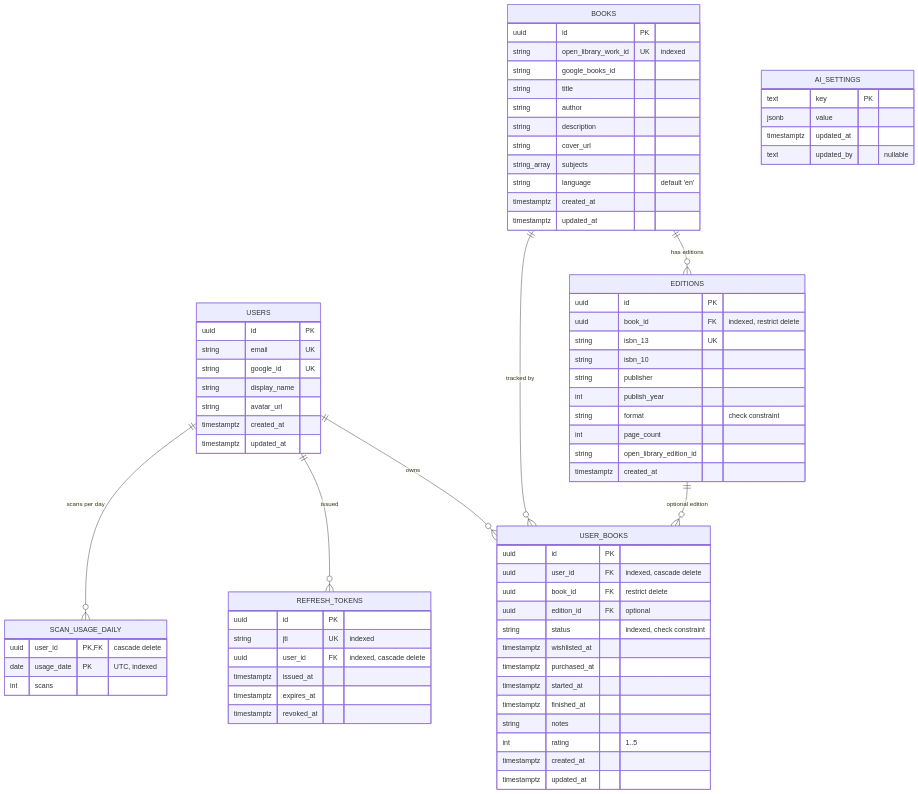
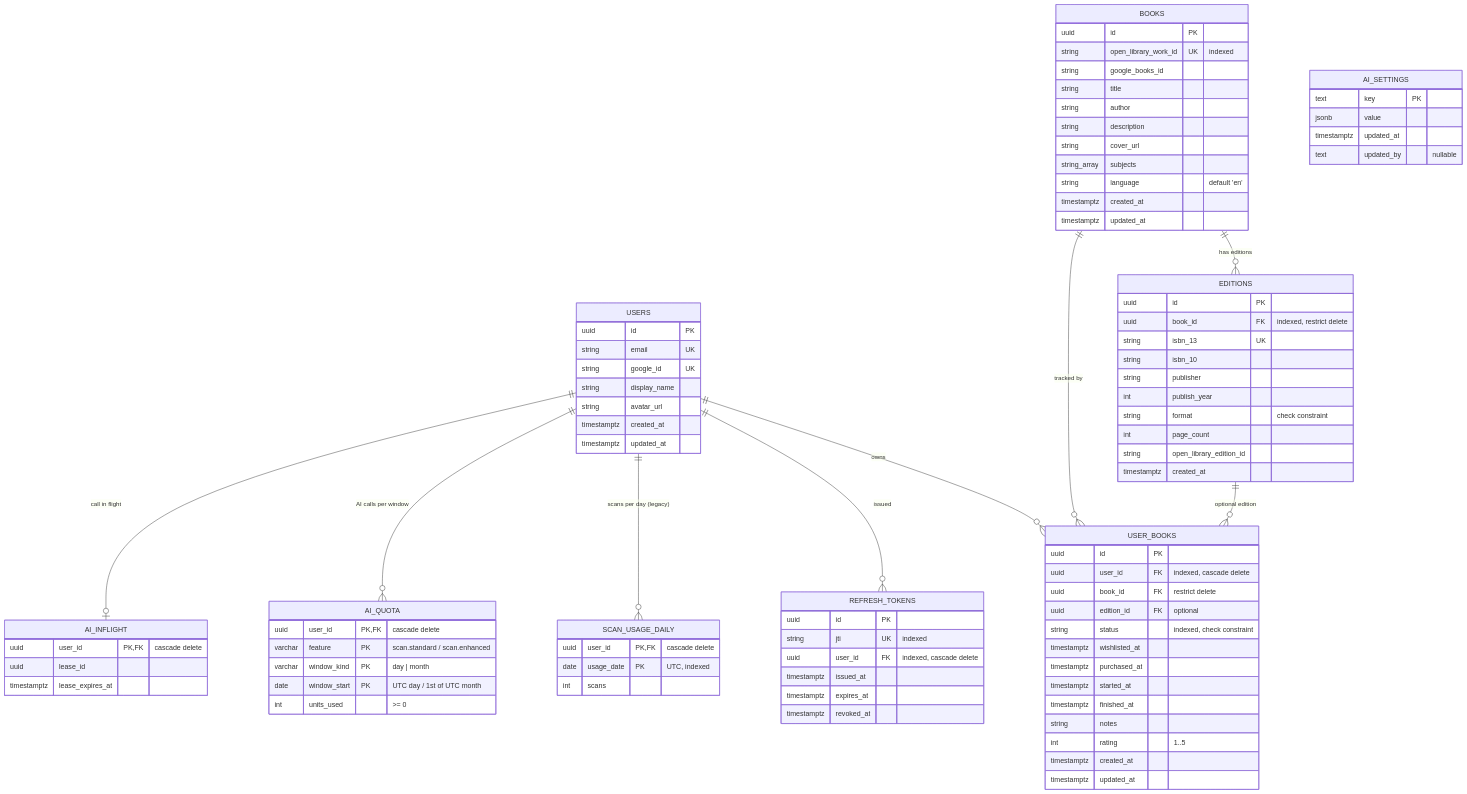
One commit to wcmchenry3-stack/BookshelfAI changed the diagram in docs/data-model.md. Above: the diagram before and after it, drawn with Mermaid. The commit also changed other lines of this file and 31 other files, not shown here.

```diff
--- a/docs/data-model.md
+++ b/docs/data-model.md
@@ -8,7 +8,9 @@
 erDiagram
   USERS ||--o{ USER_BOOKS : owns
   USERS ||--o{ REFRESH_TOKENS : issued
-  USERS ||--o{ SCAN_USAGE_DAILY : "scans per day"
+  USERS ||--o{ SCAN_USAGE_DAILY : "scans per day (legacy)"
+  USERS ||--o{ AI_QUOTA : "AI calls per window"
+  USERS ||--o| AI_INFLIGHT : "call in flight"
   BOOKS ||--o{ EDITIONS : "has editions"
   BOOKS ||--o{ USER_BOOKS : "tracked by"
   EDITIONS ||--o{ USER_BOOKS : "optional edition"
@@ -75,6 +77,18 @@
     date usage_date PK "UTC, indexed"
     int scans
   }
+  AI_QUOTA {
+    uuid user_id PK,FK "cascade delete"
+    varchar feature PK "scan.standard / scan.enhanced"
+    varchar window_kind PK "day | month"
+    date window_start PK "UTC day / 1st of UTC month"
+    int units_used ">= 0"
+  }
+  AI_INFLIGHT {
+    uuid user_id PK,FK "cascade delete"
+    uuid lease_id
+    timestamptz lease_expires_at
+  }
   AI_SETTINGS {
     text key PK
     jsonb value
```
